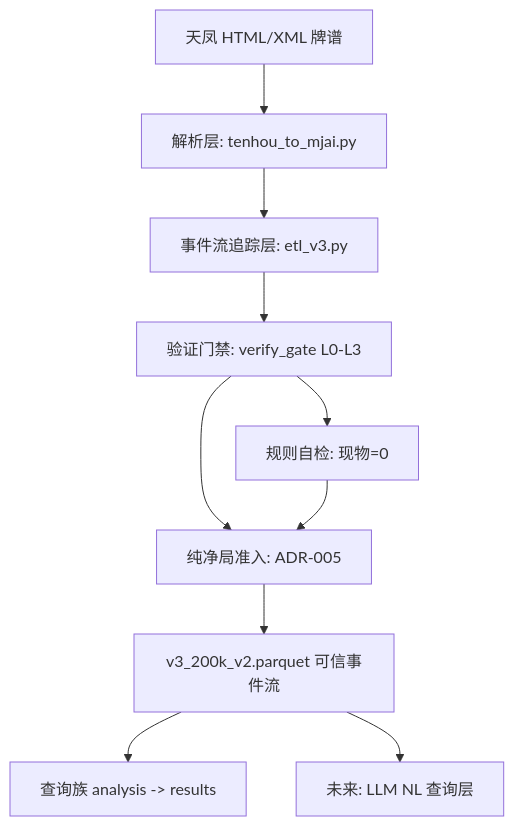
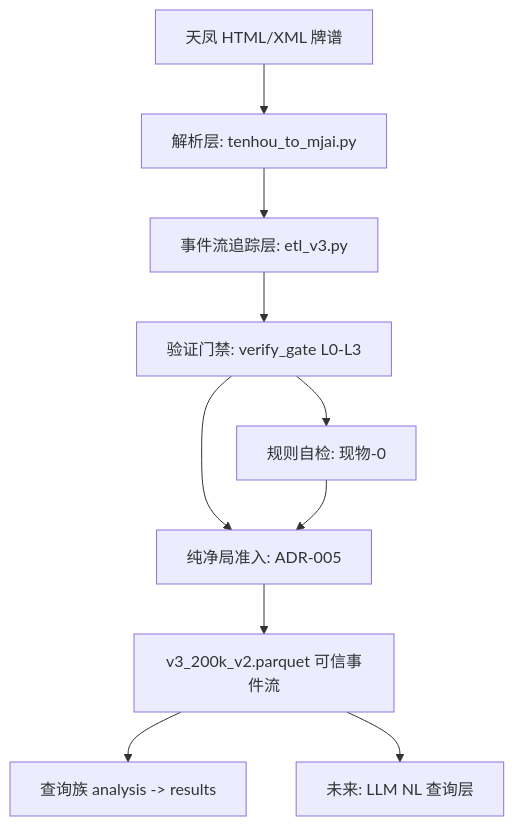
The diagram in README.md (QSshuyunmu/riichi-database), drawn with Mermaid before and after one commit. The commit also changed 2 other files, not shown here.

Commit message:
Mermaid: remove = from node text for maximal compat

````diff
--- a/README.md
+++ b/README.md
@@ -33,21 +33,21 @@
 ```mermaid
 graph TD
     A["天凤 HTML/XML 牌谱"]
     B["解析层: tenhou_to_mjai.py"]
     C["事件流追踪层: etl_v3.py"]
     D["验证门禁: verify_gate L0-L3"]
-    E["规则自检: 现物=0"]
+    E["规则自检: 现物-0"]
     F["纯净局准入: ADR-005"]
     G["v3_200k_v2.parquet 可信事件流"]
     H["查询族 analysis -> results"]
     I["未来: LLM NL 查询层"]
     A --> B
     B --> C
     C --> D
     D --> E
     D --> F
     E --> F
     F --> G
     G --> H
     G --> I
 ```
````
